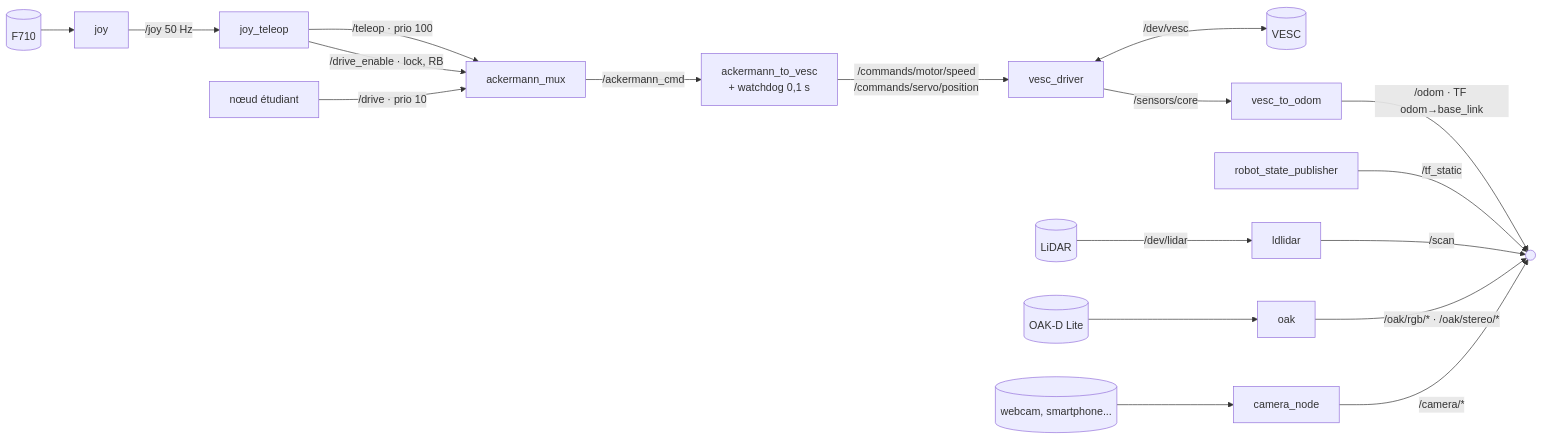
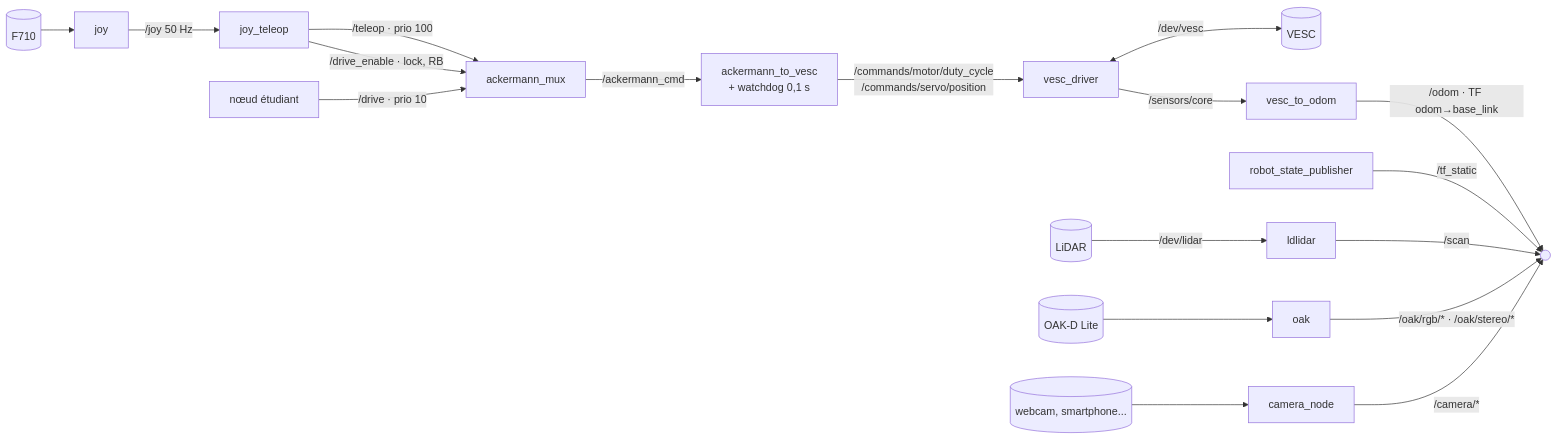
The first of 3 diagrams in ros2/ARCHITECTURE.md (epitech-toulouse/robocar-2026), drawn with Mermaid before and after one commit. The commit also changed other lines of this file and 17 other files, not shown here.

First line of the commit message:
refactor(ros2): VESC control to use duty cycle commands and improve safety mechanisms

````diff
--- a/ros2/ARCHITECTURE.md
+++ b/ros2/ARCHITECTURE.md
@@ -25,18 +37,18 @@
 ```mermaid
 flowchart LR
   F710[(F710)] --> JOY[joy]
   JOY -->|/joy 50 Hz| JT[joy_teleop]
   JT -->|"/teleop · prio 100"| MUX[ackermann_mux]
   JT -->|"/drive_enable · lock, RB"| MUX
   USER["nœud étudiant"] -->|"/drive · prio 10"| MUX
   MUX -->|/ackermann_cmd| A2V[ackermann_to_vesc<br/>+ watchdog 0,1 s]
-  A2V -->|"/commands/motor/speed<br/>/commands/servo/position"| VD[vesc_driver]
+  A2V -->|"/commands/motor/duty_cycle<br/>/commands/servo/position"| VD[vesc_driver]
   VD <-->|/dev/vesc| VESC[(VESC)]
   VD -->|/sensors/core| V2O[vesc_to_odom]
   V2O -->|"/odom · TF odom→base_link"| OUT(( ))
   RSP[robot_state_publisher] -->|/tf_static| OUT
 
   LIDAR[(LiDAR)] -->|/dev/lidar| LD[ldlidar] -->|/scan| OUT
   OAKD[(OAK-D Lite)] --> OAK[oak] -->|"/oak/rgb/* · /oak/stereo/*"| OUT
   CAMX[(webcam, smartphone...)] --> CAM[camera_node] -->|/camera/*| OUT
 ```
````
